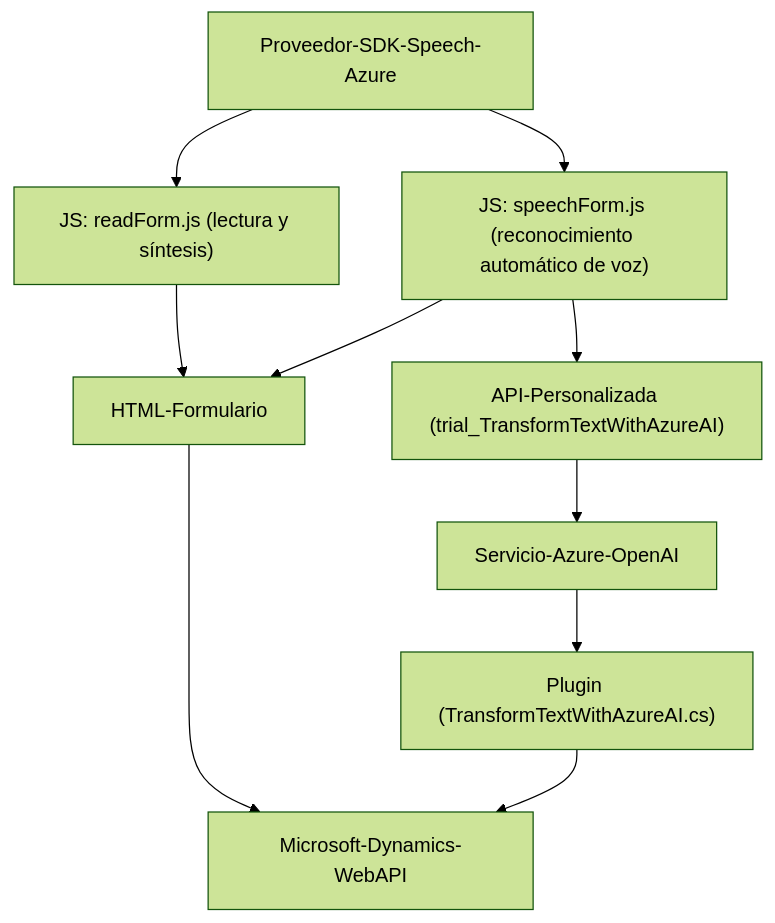
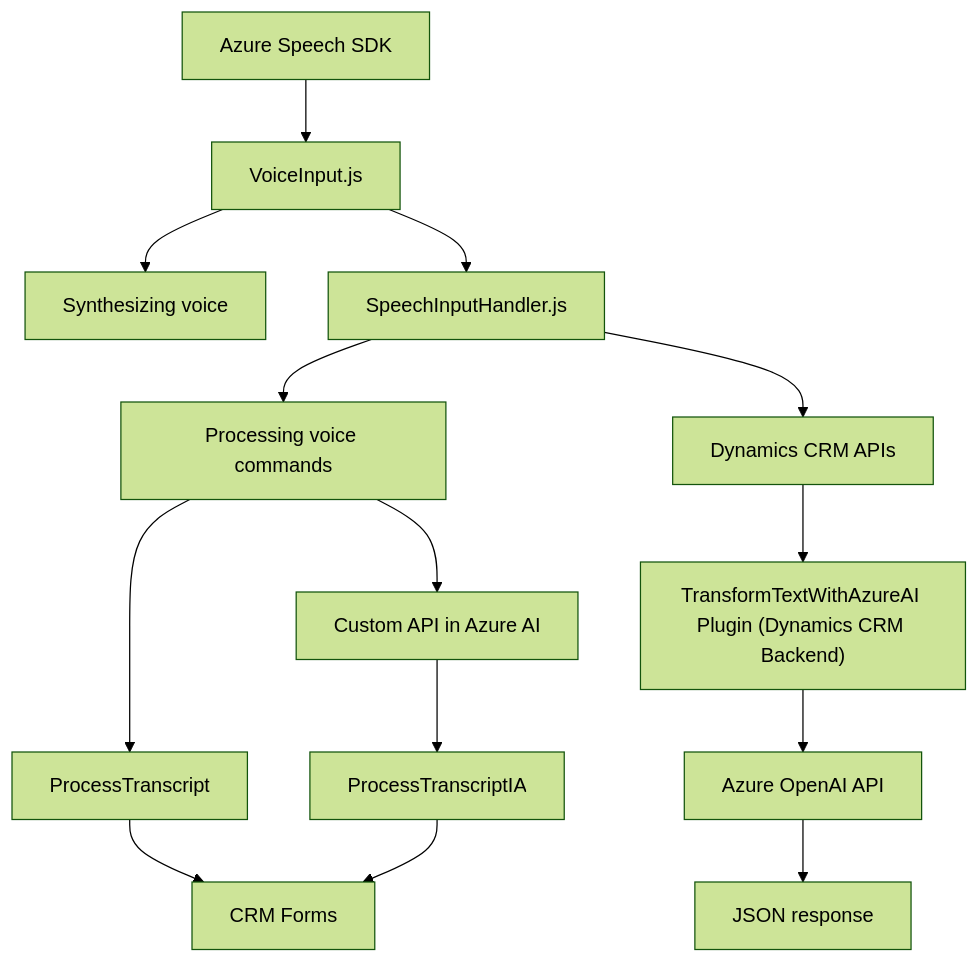
Before and after one commit to blopezdm/NETCORE_BILBAO2025: the diagram in README.md, drawn with Mermaid (forest theme). The commit also changed other lines of this file, not shown here.

````diff
--- a/README.md
+++ b/README.md
@@ -54,12 +68,16 @@
 ```mermaid
 graph TD
-  A["Proveedor-SDK-Speech-Azure"] --> B["JS: readForm.js (lectura y síntesis)"]
-  A --> C["JS: speechForm.js (reconocimiento automático de voz)"]
-  B --> D["HTML-Formulario"]
-  C --> D
-  C --> E["API-Personalizada (trial_TransformTextWithAzureAI)"]
-  E --> F["Servicio-Azure-OpenAI"]
-  F --> G["Plugin (TransformTextWithAzureAI.cs)"]
-  G --> H["Microsoft-Dynamics-WebAPI"]
-  D --> H
+    A["Azure Speech SDK"] --> B["VoiceInput.js"]
+    B --> C["Synthesizing voice"]
+    B --> D["SpeechInputHandler.js"]
+    D --> E["Processing voice commands"]
+    E --> F["Custom API in Azure AI"]
+    F --> G["ProcessTranscriptIA"]
+    E --> H["ProcessTranscript"]
+    D --> I["Dynamics CRM APIs"]
+    H --> J["CRM Forms"]
+    G --> J
+    I --> K["TransformTextWithAzureAI Plugin (Dynamics CRM Backend)"]
+    K --> L["Azure OpenAI API"]
+    L --> M["JSON response"]
 ```
````
